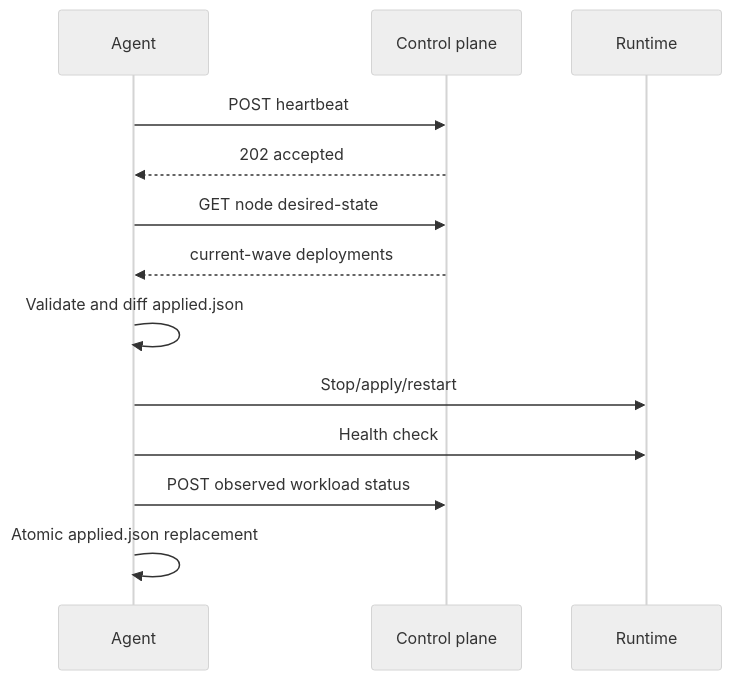
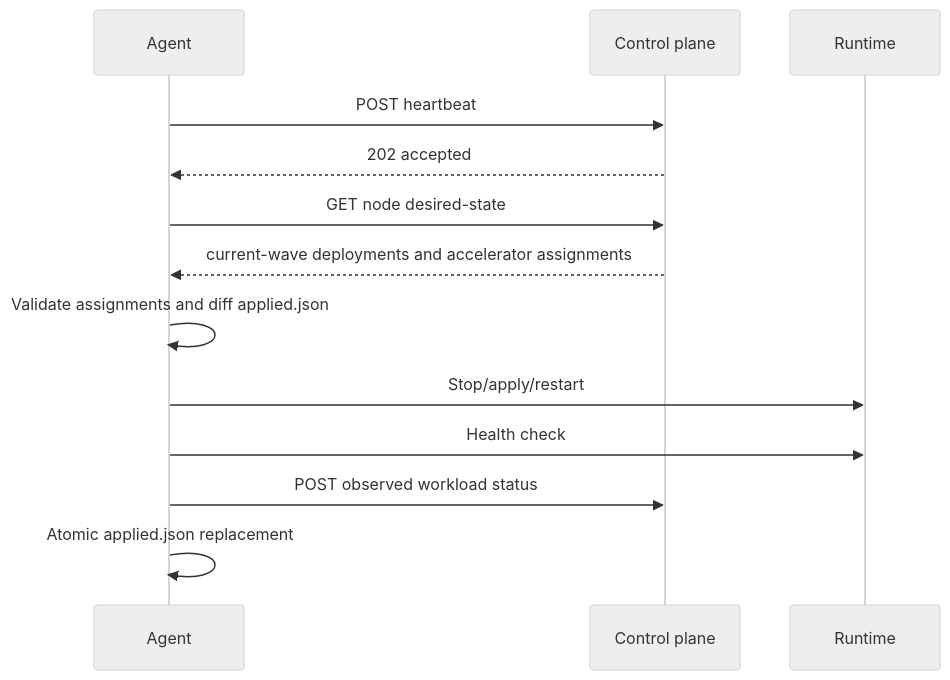
One commit to ziwon/nimbus changed the third of 3 diagrams in docs/architecture.md. Above: the diagram before and after it, drawn with Mermaid (neutral theme). The commit also changed other lines of this file and 5 other files, not shown here.

````diff
--- a/docs/architecture.md
+++ b/docs/architecture.md
@@ -182,16 +188,16 @@
 ```mermaid
 sequenceDiagram
     participant A as Agent
     participant C as Control plane
     participant R as Runtime
 
     A->>C: POST heartbeat
     C-->>A: 202 accepted
     A->>C: GET node desired-state
-    C-->>A: current-wave deployments
-    A->>A: Validate and diff applied.json
+    C-->>A: current-wave deployments and accelerator assignments
+    A->>A: Validate assignments and diff applied.json
     A->>R: Stop/apply/restart
     A->>R: Health check
     A->>C: POST observed workload status
     A->>A: Atomic applied.json replacement
 ```
````
